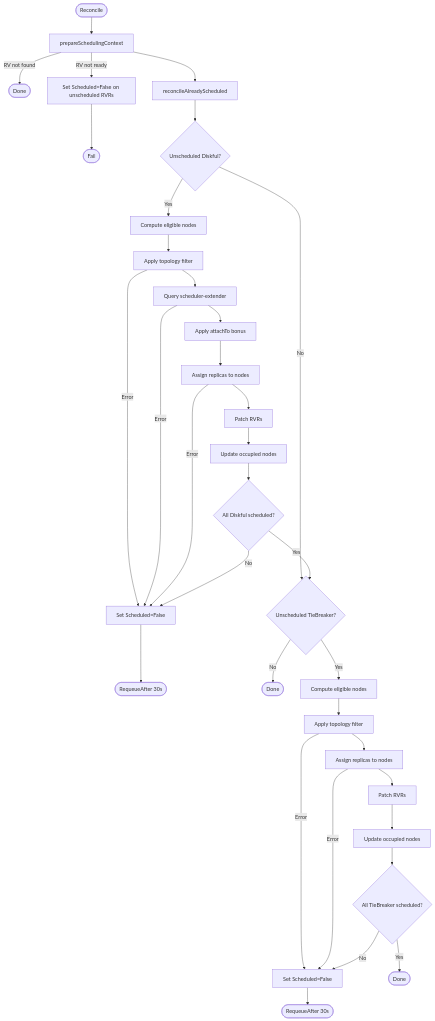
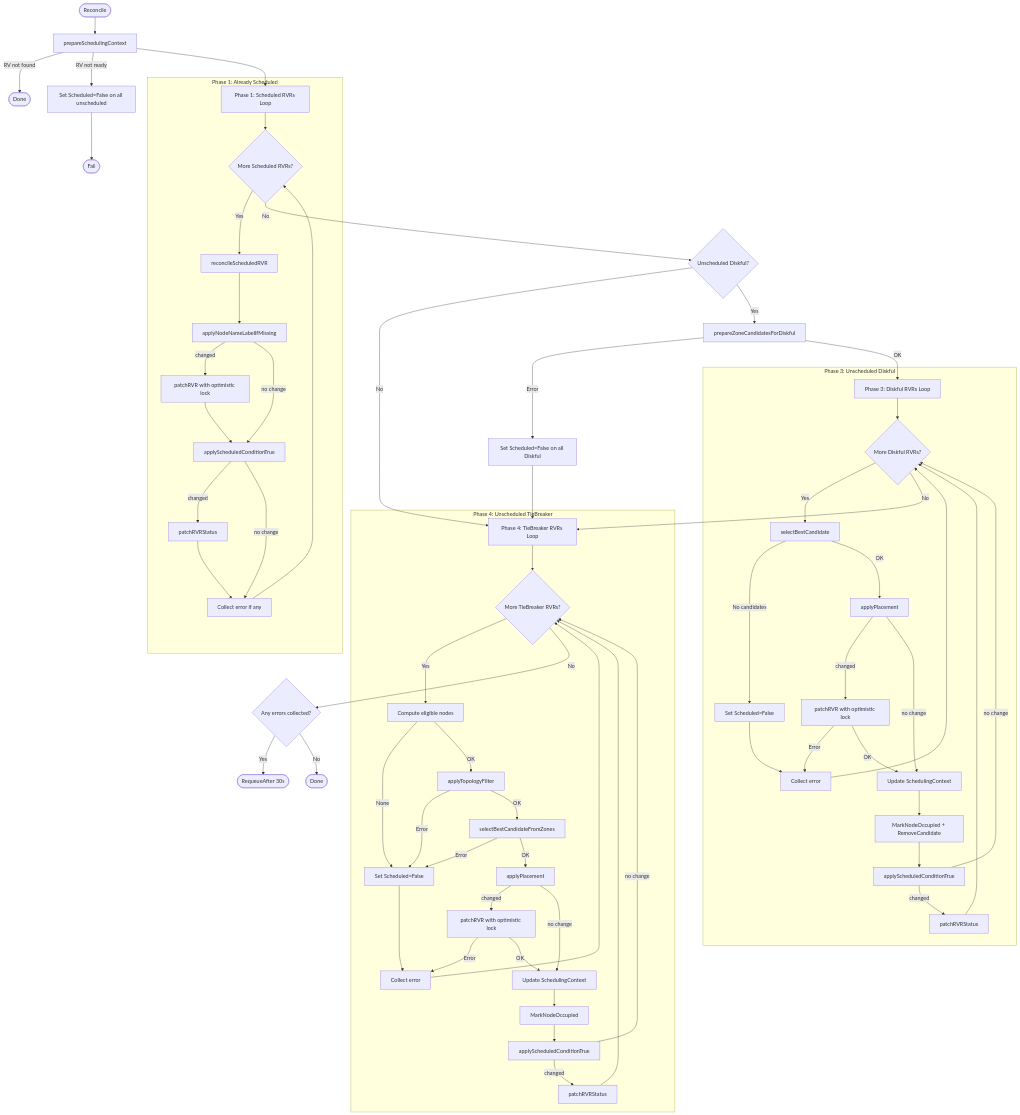
The first of 2 diagrams in images/controller/internal/controllers/rvr_scheduling_controller/README.md (deckhouse/sds-replicated-volume), drawn with Mermaid before and after one commit. The commit also changed other lines of this file and 2 other files, not shown here.

````diff
--- a/images/controller/internal/controllers/rvr_scheduling_controller/README.md
+++ b/images/controller/internal/controllers/rvr_scheduling_controller/README.md
@@ -134,46 +160,76 @@
 ```mermaid
 flowchart TD
     Start([Reconcile]) --> Prepare[prepareSchedulingContext]
     Prepare -->|RV not found| Done1([Done])
-    Prepare -->|RV not ready| SetFailed1[Set Scheduled=False on unscheduled RVRs]
+    Prepare -->|RV not ready| SetFailed1[Set Scheduled=False on all unscheduled]
     SetFailed1 --> Fail1([Fail])
 
-    Prepare --> ReconcileScheduled[reconcileAlreadyScheduled]
-    ReconcileScheduled --> CheckDiskful{Unscheduled Diskful?}
+    Prepare --> ScheduledLoop[Phase 1: Scheduled RVRs Loop]
 
-    CheckDiskful -->|No| CheckTieBreaker{Unscheduled TieBreaker?}
-    CheckDiskful -->|Yes| FilterDiskful[Compute eligible nodes]
+    subgraph ScheduledPhase [Phase 1: Already Scheduled]
+        ScheduledLoop --> NextScheduled{More Scheduled RVRs?}
+        NextScheduled -->|Yes| ReconcileScheduled[reconcileScheduledRVR]
+        ReconcileScheduled --> ApplyLabel[applyNodeNameLabelIfMissing]
+        ApplyLabel -->|changed| PatchMain1[patchRVR with optimistic lock]
+        ApplyLabel -->|no change| ApplyCond1[applyScheduledConditionTrue]
+        PatchMain1 --> ApplyCond1
+        ApplyCond1 -->|changed| PatchStatus1[patchRVRStatus]
+        ApplyCond1 -->|no change| CollectErr1[Collect error if any]
+        PatchStatus1 --> CollectErr1
+        CollectErr1 --> NextScheduled
+    end
 
-    FilterDiskful --> TopologyDiskful[Apply topology filter]
-    TopologyDiskful -->|Error| FailDiskful[Set Scheduled=False]
-    FailDiskful --> RequeueD([RequeueAfter 30s])
+    NextScheduled -->|No| CheckUnscheduledDiskful{Unscheduled Diskful?}
 
-    TopologyDiskful --> CapacityFilter[Query scheduler-extender]
-    CapacityFilter -->|Error| FailDiskful
+    CheckUnscheduledDiskful -->|No| TieBreakerLoop
+    CheckUnscheduledDiskful -->|Yes| PrepareCandidates[prepareZoneCandidatesForDiskful]
+    PrepareCandidates -->|Error| MarkAllDiskfulFailed[Set Scheduled=False on all Diskful]
+    MarkAllDiskfulFailed --> TieBreakerLoop
+    PrepareCandidates -->|OK| DiskfulLoop[Phase 3: Diskful RVRs Loop]
 
-    CapacityFilter --> AttachToBonus[Apply attachTo bonus]
-    AttachToBonus --> AssignDiskful[Assign replicas to nodes]
-    AssignDiskful -->|Error| FailDiskful
-    AssignDiskful --> UpdateDiskful[Patch RVRs]
-    UpdateDiskful --> UpdateStateDiskful[Update occupied nodes]
-    UpdateStateDiskful --> CheckAllDiskfulScheduled{All Diskful scheduled?}
+    subgraph DiskfulPhase [Phase 3: Unscheduled Diskful]
+        DiskfulLoop --> NextDiskful{More Diskful RVRs?}
+        NextDiskful -->|Yes| SelectCandidate[selectBestCandidate]
+        SelectCandidate -->|No candidates| SetFalse2[Set Scheduled=False]
+        SetFalse2 --> CollectErr2[Collect error]
+        CollectErr2 --> NextDiskful
+        SelectCandidate -->|OK| ApplyPlacement[applyPlacement]
+        ApplyPlacement -->|changed| PatchRVR2[patchRVR with optimistic lock]
+        ApplyPlacement -->|no change| UpdateCtx[Update SchedulingContext]
+        PatchRVR2 -->|Error| CollectErr2
+        PatchRVR2 -->|OK| UpdateCtx
+        UpdateCtx --> MarkOccupied[MarkNodeOccupied + RemoveCandidate]
+        MarkOccupied --> ApplyCond2[applyScheduledConditionTrue]
+        ApplyCond2 -->|changed| PatchStatus2[patchRVRStatus]
+        ApplyCond2 -->|no change| NextDiskful
+        PatchStatus2 --> NextDiskful
+    end
 
-    CheckAllDiskfulScheduled -->|No| FailDiskful
-    CheckAllDiskfulScheduled -->|Yes| CheckTieBreaker
+    NextDiskful -->|No| TieBreakerLoop[Phase 4: TieBreaker RVRs Loop]
 
-    CheckTieBreaker -->|No| Done2([Done])
-    CheckTieBreaker -->|Yes| FilterTieBreaker[Compute eligible nodes]
+    subgraph TieBreakerPhase [Phase 4: Unscheduled TieBreaker]
+        TieBreakerLoop --> NextTieBreaker{More TieBreaker RVRs?}
+        NextTieBreaker -->|Yes| ComputeEligible[Compute eligible nodes]
+        ComputeEligible -->|None| SetFalse3[Set Scheduled=False]
+        SetFalse3 --> CollectErr3[Collect error]
+        CollectErr3 --> NextTieBreaker
+        ComputeEligible -->|OK| TopologyFilter[applyTopologyFilter]
+        TopologyFilter -->|Error| SetFalse3
+        TopologyFilter -->|OK| SelectBest[selectBestCandidateFromZones]
+        SelectBest -->|Error| SetFalse3
+        SelectBest -->|OK| ApplyPlacement3[applyPlacement]
+        ApplyPlacement3 -->|changed| PatchRVR3[patchRVR with optimistic lock]
+        ApplyPlacement3 -->|no change| UpdateCtx3[Update SchedulingContext]
+        PatchRVR3 -->|Error| CollectErr3
+        PatchRVR3 -->|OK| UpdateCtx3
+        UpdateCtx3 --> MarkOccupied3[MarkNodeOccupied]
+        MarkOccupied3 --> ApplyCond3[applyScheduledConditionTrue]
+        ApplyCond3 -->|changed| PatchStatus3[patchRVRStatus]
+        ApplyCond3 -->|no change| NextTieBreaker
+        PatchStatus3 --> NextTieBreaker
+    end
 
-    FilterTieBreaker --> TopologyTieBreaker[Apply topology filter]
-    TopologyTieBreaker -->|Error| FailTieBreaker[Set Scheduled=False]
-    FailTieBreaker --> RequeueT([RequeueAfter 30s])
-
-    TopologyTieBreaker --> AssignTieBreaker[Assign replicas to nodes]
-    AssignTieBreaker -->|Error| FailTieBreaker
-    AssignTieBreaker --> UpdateTieBreaker[Patch RVRs]
-    UpdateTieBreaker --> UpdateStateTieBreaker[Update occupied nodes]
-    UpdateStateTieBreaker --> CheckAllTieBreakerScheduled{All TieBreaker scheduled?}
-
-    CheckAllTieBreakerScheduled -->|No| FailTieBreaker
-    CheckAllTieBreakerScheduled -->|Yes| Done3([Done])
+    NextTieBreaker -->|No| CheckErrors{Any errors collected?}
+    CheckErrors -->|Yes| Requeue([RequeueAfter 30s])
+    CheckErrors -->|No| Done2([Done])
 ```
````
